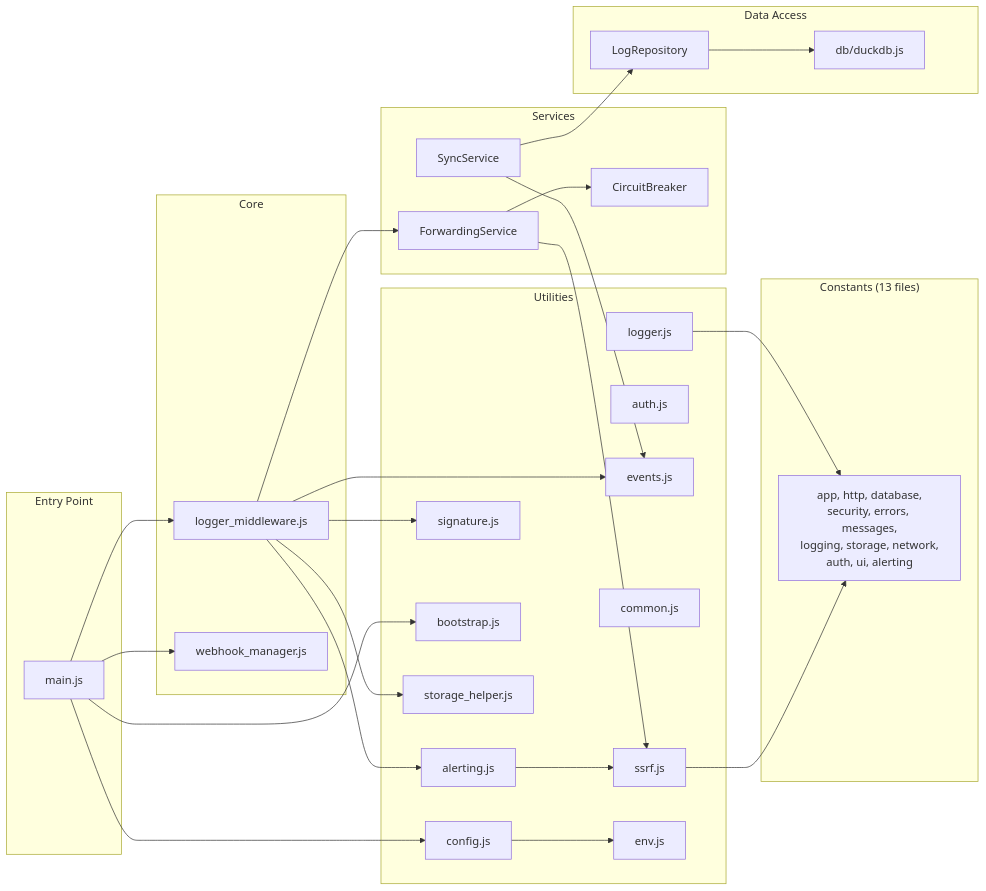
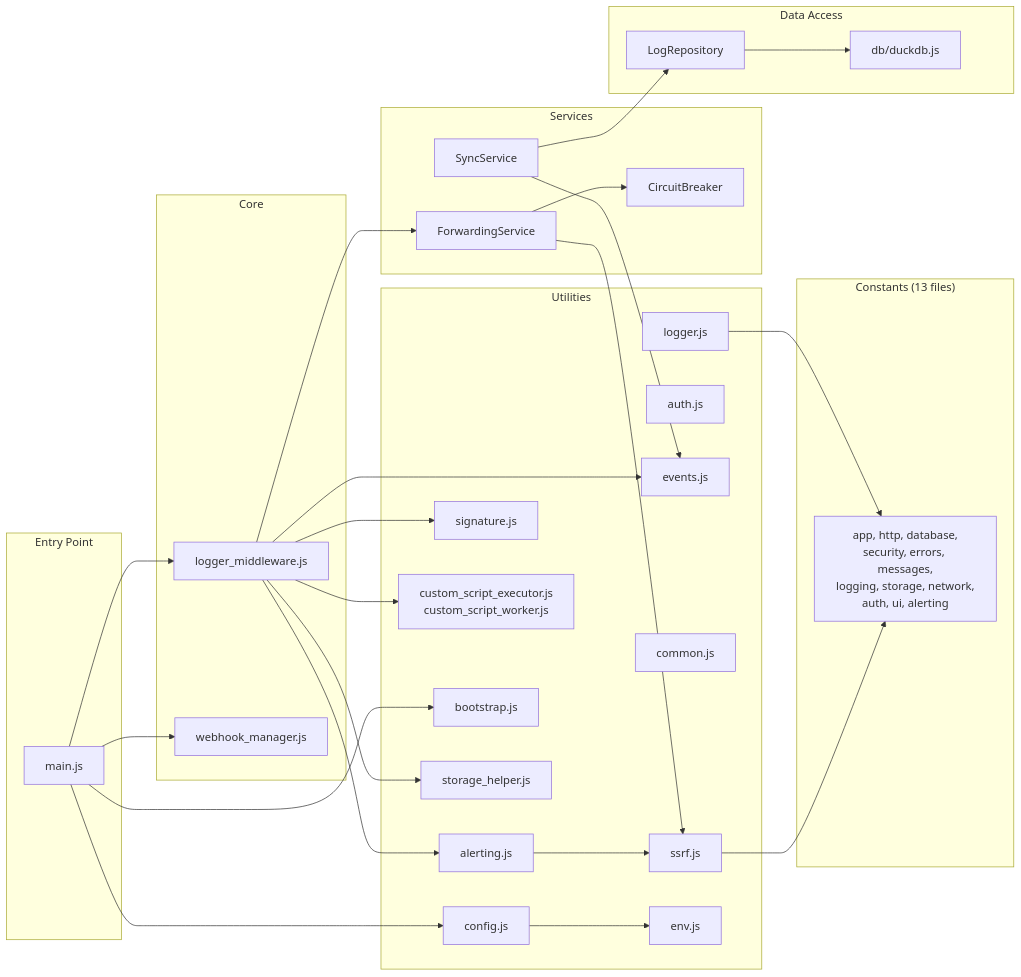
One commit to ar27111994/webhook-debugger-logger changed the second of 2 diagrams in docs/architecture.md. Above: the diagram before and after it, drawn with Mermaid. The commit also changed other lines of this file and 25 other files, not shown here.

Commit message:
feat(security): isolate custom scripts in worker sandbox

````diff
--- a/docs/architecture.md
+++ b/docs/architecture.md
@@ -117,64 +117,66 @@
 ```mermaid
 graph LR
     subgraph "Entry Point"
         MAIN[main.js]
     end
 
     subgraph "Core"
         LM[logger_middleware.js]
         WMG[webhook_manager.js]
     end
 
     subgraph "Services"
         FWD_S[ForwardingService]
         SYNC_S[SyncService]
         CB_S[CircuitBreaker]
     end
 
     subgraph "Data Access"
         DB[db/duckdb.js]
         REPO[LogRepository]
     end
 
     subgraph "Utilities"
         CONFIG[config.js]
         SSRF[ssrf.js]
         SIG[signature.js]
+        SCRIPT_EXEC[custom_script_executor.js<br/>custom_script_worker.js]
         AUTH_U[auth.js]
         BOOT[bootstrap.js]
         STORE[storage_helper.js]
         EVENTS[events.js]
         COMMON[common.js]
         LOGGER[logger.js]
         ENV[env.js]
         ALERTING[alerting.js]
     end
 
     subgraph "Constants (13 files)"
         CONSTS[app, http, database,<br/>security, errors, messages,<br/>logging, storage, network,<br/>auth, ui, alerting]
     end
 
     MAIN --> LM
     MAIN --> WMG
     MAIN --> CONFIG
     MAIN --> BOOT
 
     LM --> FWD_S
     LM --> SIG
+    LM --> SCRIPT_EXEC
     LM --> STORE
     LM --> ALERTING
     LM --> EVENTS
 
     FWD_S --> CB_S
     FWD_S --> SSRF
     ALERTING --> SSRF
 
     SYNC_S --> REPO
     SYNC_S --> EVENTS
 
     REPO --> DB
 
     CONFIG --> ENV
     SSRF --> CONSTS
     LOGGER --> CONSTS
 ```
````
